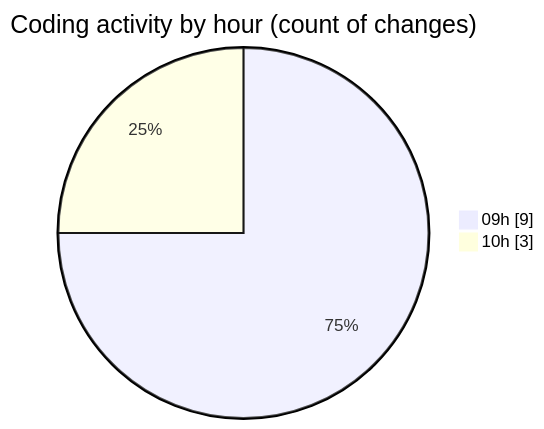
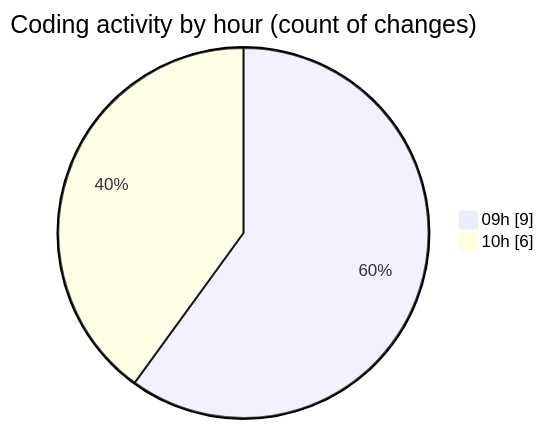
One commit to momahboobian/code-tracking changed the second of 2 diagrams in 2025-03-24/cda/README.md. Above: the diagram before and after it, drawn with Mermaid. The commit also changed other lines of this file and 1 other file, not shown here.

````diff
--- a/2025-03-24/cda/README.md
+++ b/2025-03-24/cda/README.md
@@ -37,6 +41,6 @@
 ```mermaid
 pie showData
 title Coding activity by hour (count of changes)
 "09h" : 9
-"10h" : 3
+"10h" : 6
 ```
````
